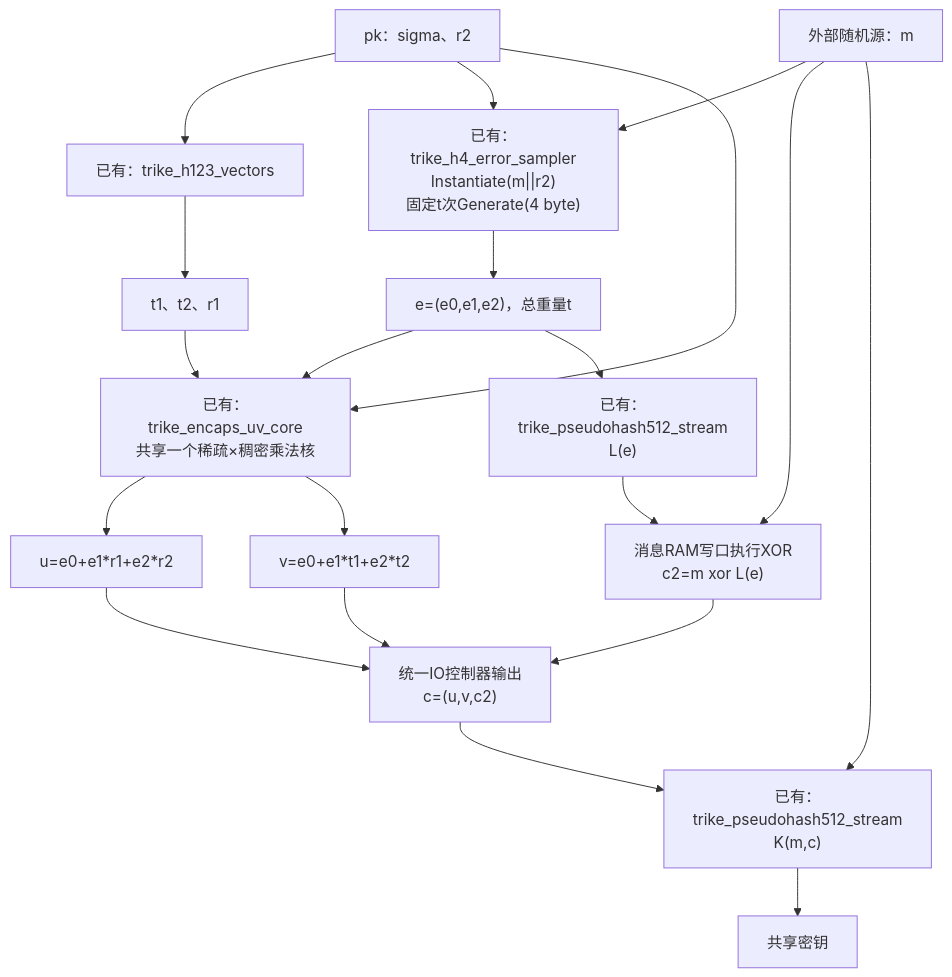
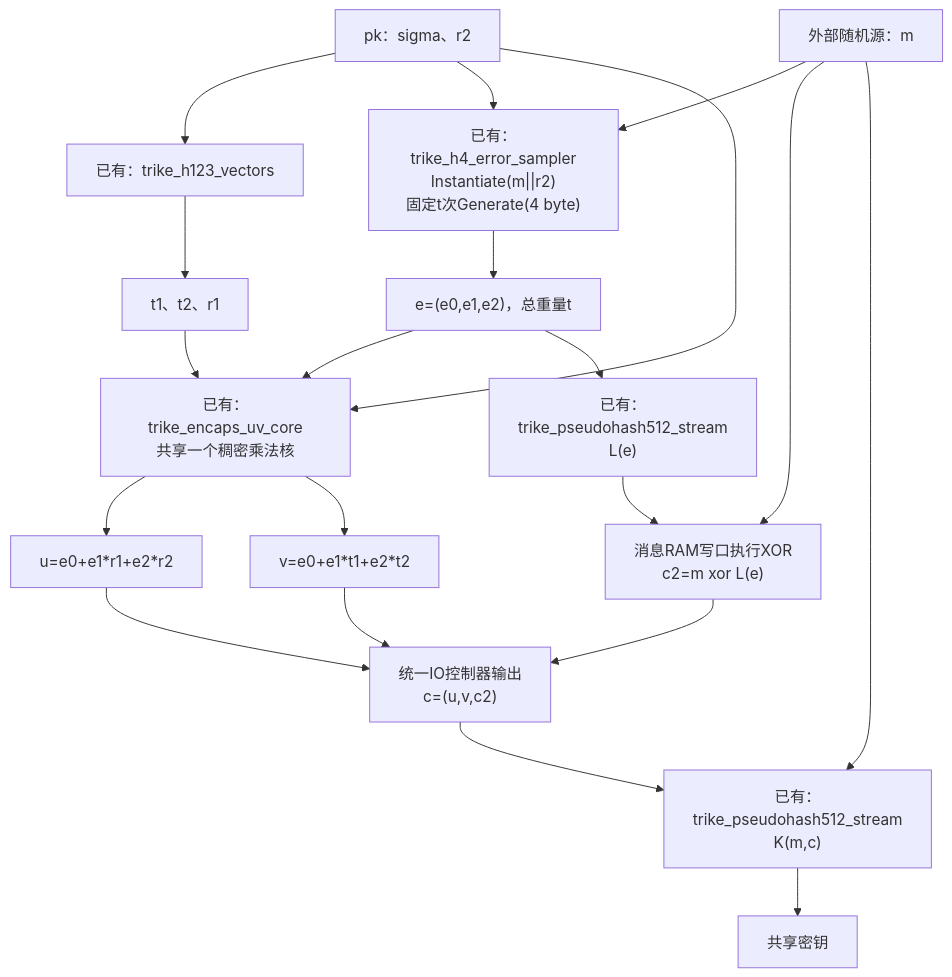
One commit to z2901550610/Min_Sum changed the second of 8 diagrams in docs/design/trike_kem_common_cores.md. Above: the diagram before and after it, drawn with Mermaid. The commit also changed other lines of this file and 152 other files, not shown here.

````diff
--- a/docs/design/trike_kem_common_cores.md
+++ b/docs/design/trike_kem_common_cores.md
@@ -111,25 +120,25 @@
 ```mermaid
 flowchart TD
     PK["pk：sigma、r2"] --> HASHV["已有：trike_h123_vectors"]
     HASHV --> TVEC["t1、t2、r1"]
 
     RNG["外部随机源：m"] --> H4["已有：trike_h4_error_sampler<br/>Instantiate(m||r2)<br/>固定t次Generate(4 byte)"]
     PK --> H4
     H4 --> E["e=(e0,e1,e2)，总重量t"]
 
-    E --> UV["已有：trike_encaps_uv_core<br/>共享一个稀疏×稠密乘法核"]
+    E --> UV["已有：trike_encaps_uv_core<br/>共享一个稠密乘法核"]
     TVEC --> UV
     PK --> UV
     UV --> U["u=e0+e1*r1+e2*r2"]
     UV --> V["v=e0+e1*t1+e2*t2"]
 
     E --> L["已有：trike_pseudohash512_stream<br/>L(e)"]
     RNG --> C2["消息RAM写口执行XOR<br/>c2=m xor L(e)"]
     L --> C2
     U --> CT["统一IO控制器输出<br/>c=(u,v,c2)"]
     V --> CT
     C2 --> CT
     CT --> K["已有：trike_pseudohash512_stream<br/>K(m,c)"]
     RNG --> K
     K --> SS["共享密钥"]
 ```
````
